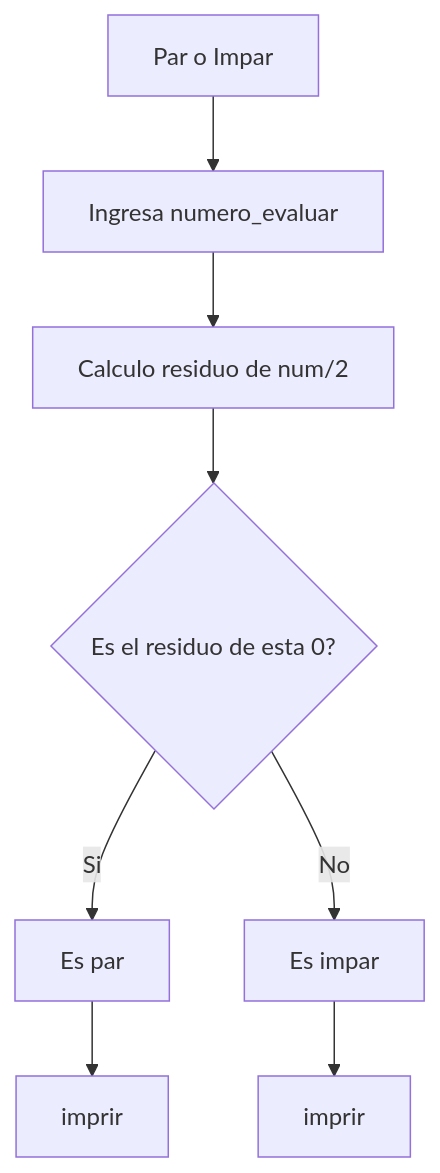
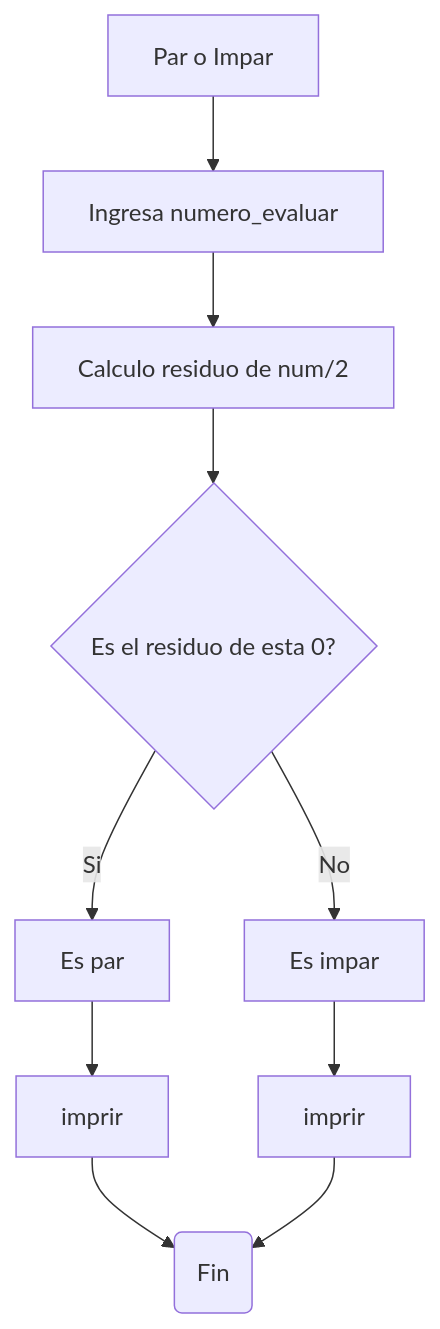
Before and after one commit to TzDaniel1/Taller_1_PDC: the first of 3 diagrams in README.md, drawn with Mermaid. The commit also changed other lines of this file, not shown here.

````diff
--- a/README.md
+++ b/README.md
@@ -70,10 +70,12 @@
 ```mermaid
 flowchart TD
     A[Par o Impar]-->B[Ingresa numero_evaluar]
     B-->C[Calculo residuo de num/2] 
     C-->D{Es el residuo de esta 0?}
     D-->|Si|E[Es par]
     D-->|No|G[Es impar]
     E-->H[imprir]
     G-->I[imprir]
+    H-->J(Fin)
+    I-->J;
 ```
````
